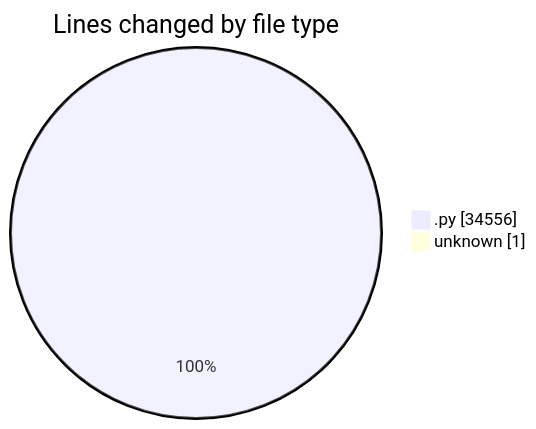
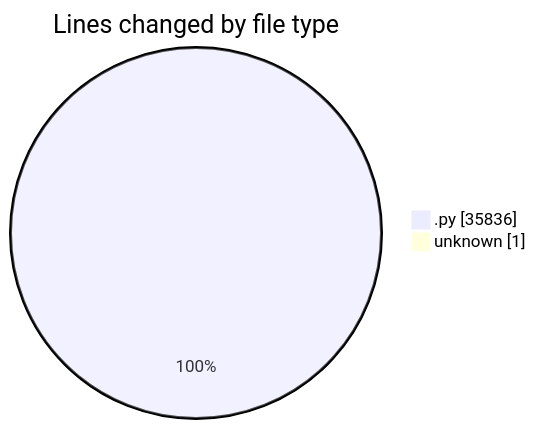
One commit to julien-gomy/code-tracking changed the first of 2 diagrams in 2025-11-22/eventscop-api-guide__workspace_/README.md. Above: the diagram before and after it, drawn with Mermaid. The commit also changed other lines of this file and 1 other file, not shown here.

````diff
--- a/2025-11-22/eventscop-api-guide__workspace_/README.md
+++ b/2025-11-22/eventscop-api-guide__workspace_/README.md
@@ -37,6 +39,6 @@
 ```mermaid
 pie showData
 title Lines changed by file type
-".py" : 34556
+".py" : 35836
 "unknown" : 1
 ```
````
